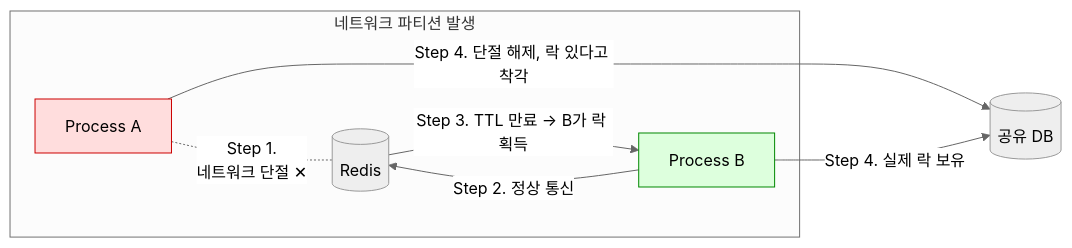
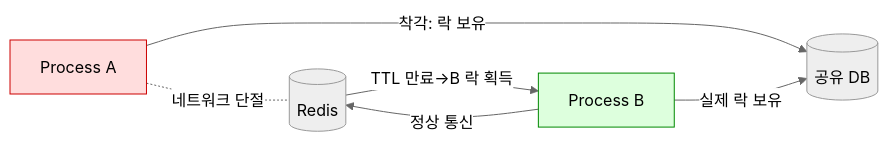
Before and after one commit to yjkim2015/yjkim2015.github.io: diagram 12 of 15 in _posts/redis/2026-05-01-redis-distributed-lock.md, drawn with Mermaid (neutral theme). The commit also changed other lines of this file and 155 other files, not shown here.

First line of the commit message:
Mermaid 전면 수정: subgraph 제거, participant/노드/줄수 축소 (342블록)

````diff
--- a/_posts/redis/2026-05-01-redis-distributed-lock.md
+++ b/_posts/redis/2026-05-01-redis-distributed-lock.md
@@ -710,12 +697,10 @@
 ```mermaid
 flowchart LR
-    subgraph "네트워크 파티션 발생"
-        A[Process A] -. "Step 1.\n네트워크 단절 ✕" .- R[(Redis)]
-        B[Process B] -->|Step 2. 정상 통신| R
-    end
-    R -->|Step 3. TTL 만료 → B가 락 획득| B
-    A -->|Step 4. 단절 해제, 락 있다고 착각| DB[(공유 DB)]
-    B -->|Step 4. 실제 락 보유| DB
+    A[Process A] -. 네트워크 단절 .- R[(Redis)]
+    B[Process B] -->|정상 통신| R
+    R -->|TTL 만료→B 락 획득| B
+    A -->|착각: 락 보유| DB[(공유 DB)]
+    B -->|실제 락 보유| DB
     style A fill:#fdd,stroke:#c00
     style B fill:#dfd,stroke:#080
 ```
````
